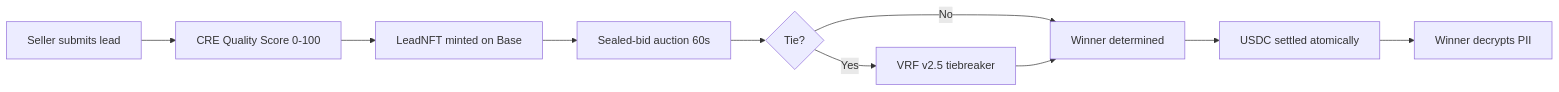
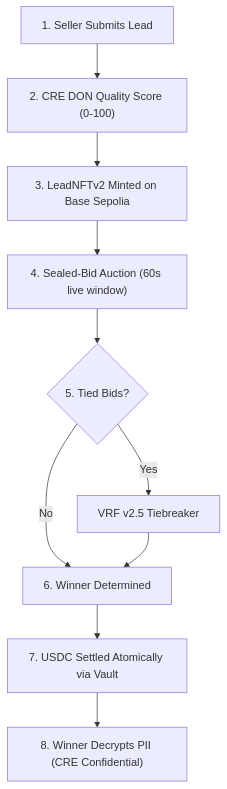
The first of 2 diagrams in README.md (bnmbnmai/lead-engine-cre), drawn with Mermaid before and after one commit. The commit also changed other lines of this file, not shown here.

Commit message:
docs: README final polish - CI badge, vertical Mermaid, bold demo steps, excellence bullet

````diff
--- a/README.md
+++ b/README.md
@@ -24,12 +24,12 @@
 ```mermaid
-flowchart LR
-    A[Seller submits lead] --> B[CRE Quality Score 0-100]
-    B --> C[LeadNFT minted on Base]
-    C --> D[Sealed-bid auction 60s]
-    D --> E{Tie?}
-    E -- Yes --> F[VRF v2.5 tiebreaker]
-    E -- No --> G[Winner determined]
+flowchart TD
+    A["1. Seller Submits Lead"] --> B["2. CRE DON Quality Score (0-100)"]
+    B --> C["3. LeadNFTv2 Minted on Base Sepolia"]
+    C --> D["4. Sealed-Bid Auction (60s live window)"]
+    D --> E{"5. Tied Bids?"}
+    E -- Yes --> F["VRF v2.5 Tiebreaker"]
+    E -- No --> G["6. Winner Determined"]
     F --> G
-    G --> H[USDC settled atomically]
-    H --> I[Winner decrypts PII]
+    G --> H["7. USDC Settled Atomically via Vault"]
+    H --> I["8. Winner Decrypts PII (CRE Confidential)"]
 ```
````
